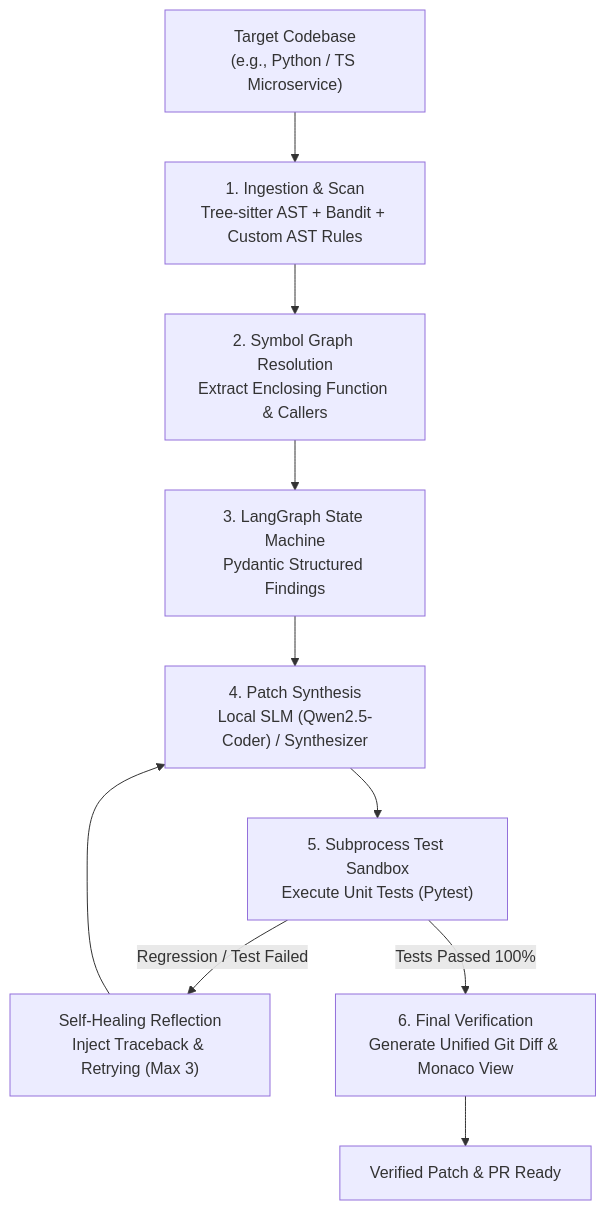
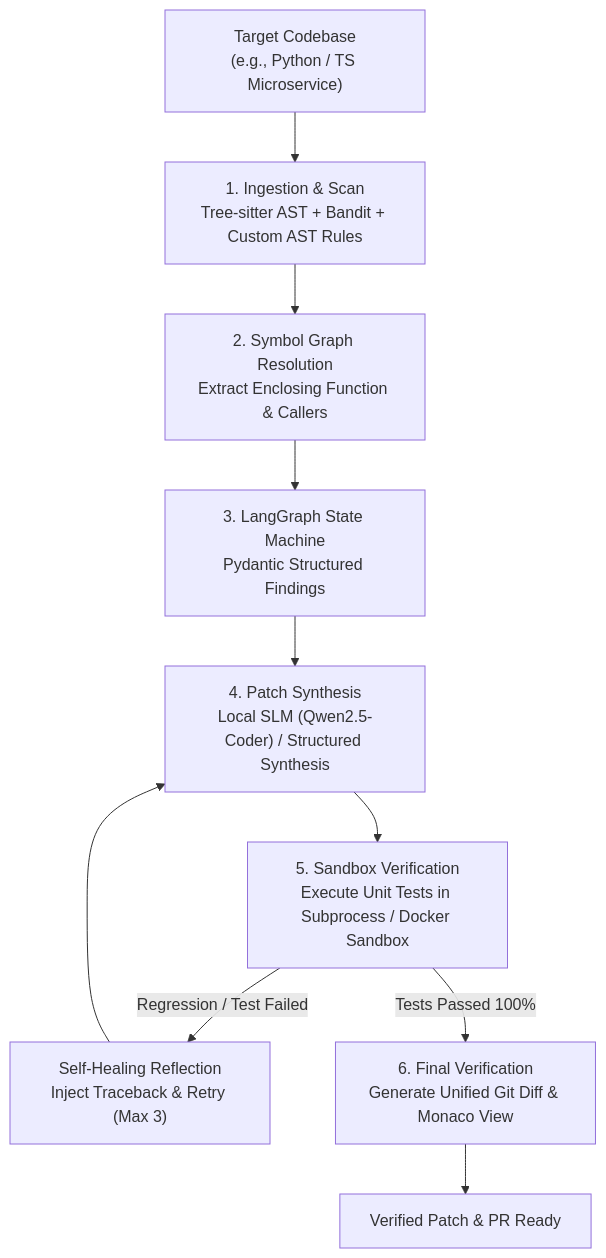
Before and after one commit to SambitAmanta/Sentinel-AI: the diagram in README.md, drawn with Mermaid. The commit also changed other lines of this file and 37 other files, not shown here.

Commit message:
feat(eval): expand benchmark to 12 scenarios across 8 CWEs with multi-turn self-healing and sandbox containment

````diff
--- a/README.md
+++ b/README.md
@@ -43,15 +43,15 @@
 ```mermaid
 flowchart TD
     Repo["Target Codebase<br/>(e.g., Python / TS Microservice)"] --> Scan["1. Ingestion & Scan<br/>Tree-sitter AST + Bandit + Custom AST Rules"]
     Scan --> Graph["2. Symbol Graph Resolution<br/>Extract Enclosing Function & Callers"]
     Graph --> State["3. LangGraph State Machine<br/>Pydantic Structured Findings"]
     
-    State --> Patch["4. Patch Synthesis<br/>Local SLM (Qwen2.5-Coder) / Synthesizer"]
-    Patch --> Sandbox["5. Subprocess Test Sandbox<br/>Execute Unit Tests (Pytest)"]
+    State --> Patch["4. Patch Synthesis<br/>Local SLM (Qwen2.5-Coder) / Structured Synthesis"]
+    Patch --> Sandbox["5. Sandbox Verification<br/>Execute Unit Tests in Subprocess / Docker Sandbox"]
 
-    Sandbox -->|Regression / Test Failed| Reflect["Self-Healing Reflection<br/>Inject Traceback & Retrying (Max 3)"]
+    Sandbox -->|Regression / Test Failed| Reflect["Self-Healing Reflection<br/>Inject Traceback & Retry (Max 3)"]
     Reflect --> Patch
 
     Sandbox -->|Tests Passed 100%| Finalize["6. Final Verification<br/>Generate Unified Git Diff & Monaco View"]
     Finalize --> Output["Verified Patch & PR Ready"]
 ```
````
